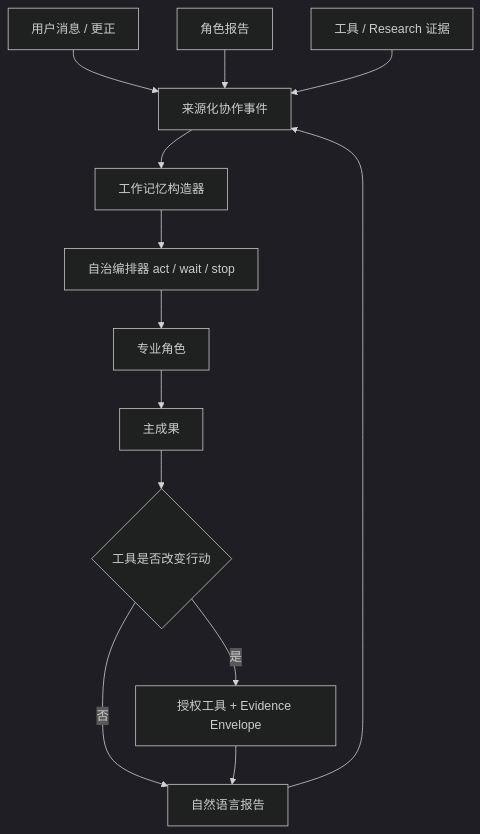
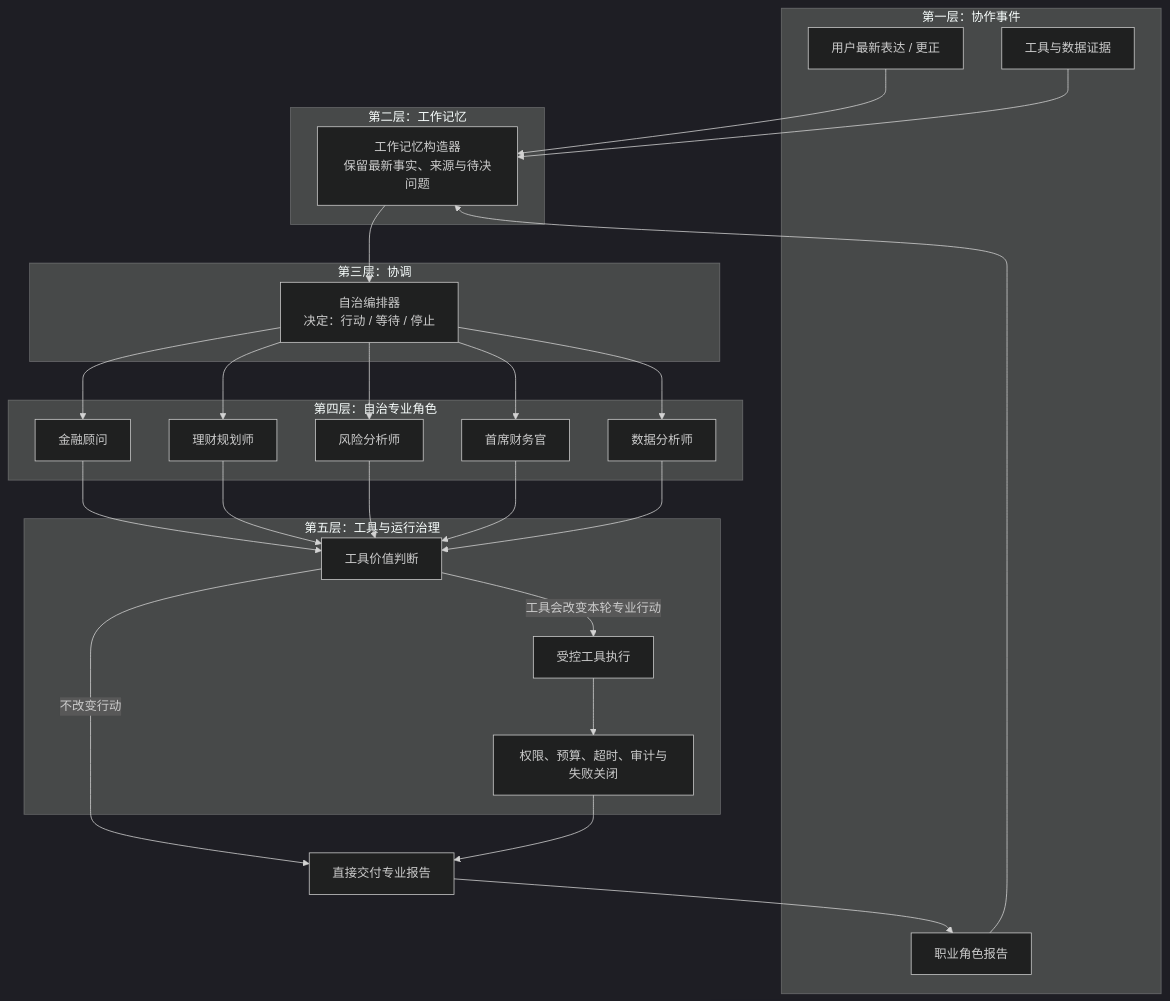
The diagram in diagrams/architecture_overview.mmd (WXYNB66/-Autonomous-Domain-Agents), drawn with Mermaid (dark theme) before and after one commit. The commit also changed 12 other files, not shown here.

```diff
--- a/diagrams/architecture_overview.mmd
+++ b/diagrams/architecture_overview.mmd
@@ -1,13 +1,48 @@
 flowchart TB
-    U[用户消息 / 更正] --> E[来源化协作事件]
-    R[角色报告] --> E
-    V[工具 / Research 证据] --> E
-    E --> M[工作记忆构造器]
-    M --> O[自治编排器 act / wait / stop]
-    O --> A[专业角色]
-    A --> C[主成果]
-    C --> T{工具是否改变行动}
-    T -- 是 --> B[授权工具 + Evidence Envelope]
-    T -- 否 --> P[自然语言报告]
-    B --> P
-    P --> E
+    subgraph L1[第一层：协作事件]
+        U[用户最新表达 / 更正]
+        R[职业角色报告]
+        X[工具与数据证据]
+    end
+
+    subgraph L2[第二层：工作记忆]
+        M[工作记忆构造器<br/>保留最新事实、来源与待决问题]
+    end
+
+    subgraph L3[第三层：协调]
+        O[自治编排器<br/>决定：行动 / 等待 / 停止]
+    end
+
+    subgraph L4[第四层：自治专业角色]
+        FA[金融顾问]
+        FP[理财规划师]
+        RA[风险分析师]
+        CFO[首席财务官]
+        DA[数据分析师]
+    end
+
+    subgraph L5[第五层：工具与运行治理]
+        TV[工具价值判断]
+        TE[受控工具执行]
+        G[权限、预算、超时、审计与失败关闭]
+    end
+
+    U --> M
+    R --> M
+    X --> M
+    M --> O
+    O --> FA
+    O --> FP
+    O --> RA
+    O --> CFO
+    O --> DA
+    FA --> TV
+    FP --> TV
+    RA --> TV
+    CFO --> TV
+    DA --> TV
+    TV -->|工具会改变本轮专业行动| TE
+    TV -->|不改变行动| N[直接交付专业报告]
+    TE --> G
+    G --> N
+    N --> R
```
